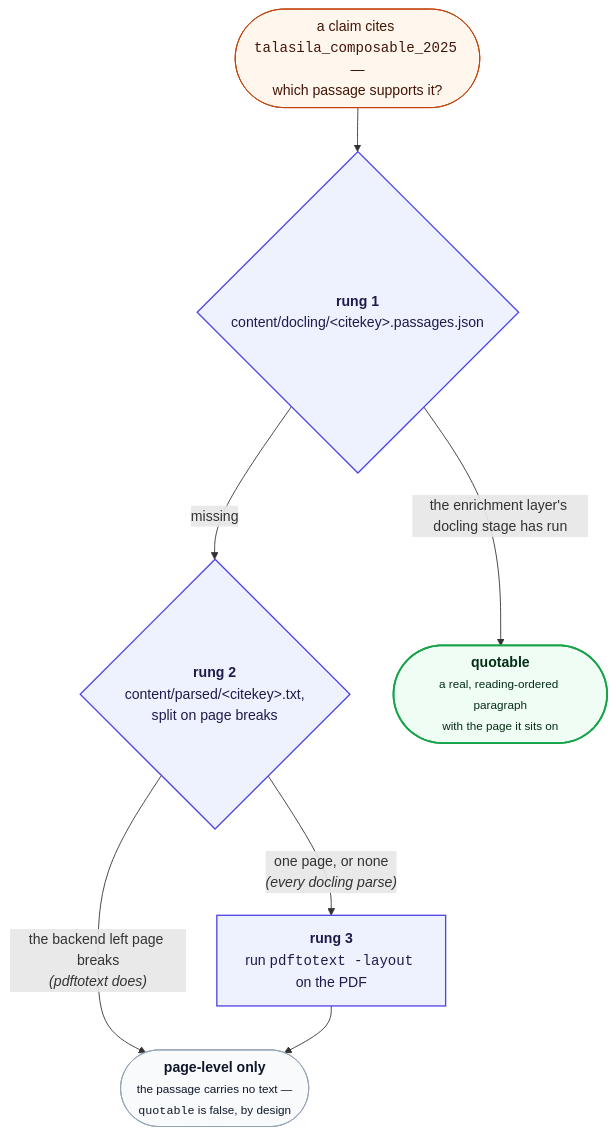
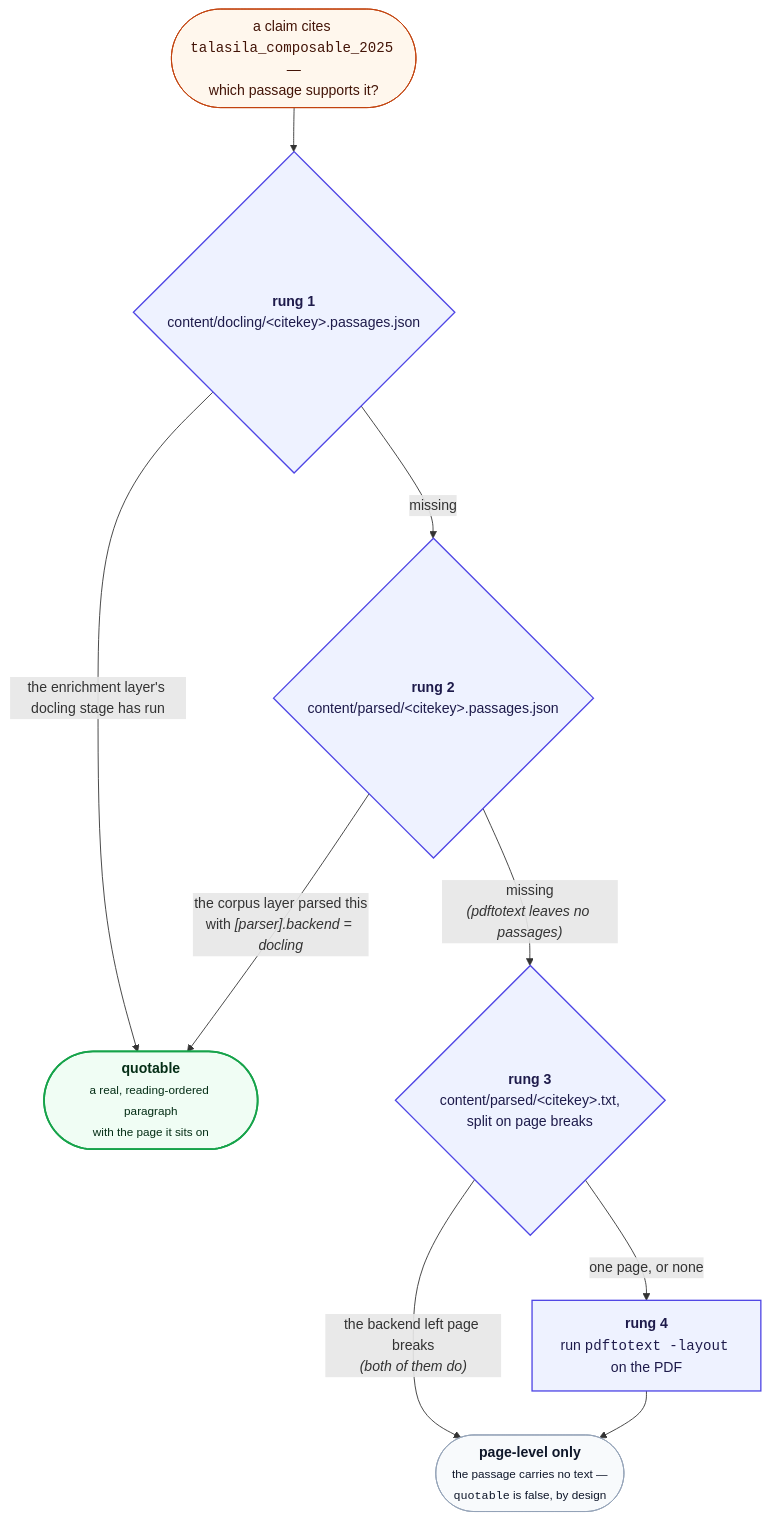
Before and after one commit to prasadtalasila/automated-research: the diagram in docs/CITATION-PROVENANCE.md, drawn with Mermaid. The commit also changed other lines of this file and 20 other files, not shown here.

````diff
--- a/docs/CITATION-PROVENANCE.md
+++ b/docs/CITATION-PROVENANCE.md
@@ -300,29 +336,32 @@
 ```mermaid
 flowchart TB
 
   ASK(["a claim cites <code>talasila_composable_2025</code> —<br/>which passage supports it?"])
 
   R1{"<b>rung 1</b><br/>content/docling/&lt;citekey&gt;.passages.json"}
-  R2{"<b>rung 2</b><br/>content/parsed/&lt;citekey&gt;.txt,<br/>split on page breaks"}
-  R3["<b>rung 3</b><br/>run <code>pdftotext -layout</code> on the PDF"]
+  R2{"<b>rung 2</b><br/>content/parsed/&lt;citekey&gt;.passages.json"}
+  R3{"<b>rung 3</b><br/>content/parsed/&lt;citekey&gt;.txt,<br/>split on page breaks"}
+  R4["<b>rung 4</b><br/>run <code>pdftotext -layout</code> on the PDF"]
 
   GOOD(["<b>quotable</b><br/><small>a real, reading-ordered paragraph<br/>with the page it sits on</small>"])
   MEH(["<b>page-level only</b><br/><small>the passage carries no text —<br/><code>quotable</code> is false, by design</small>"])
 
   ASK --> R1
   R1 -- "the enrichment layer's docling stage has run" --> GOOD
   R1 -- "missing" --> R2
-  R2 -- "the backend left page breaks<br/><i>(pdftotext does)</i>" --> MEH
-  R2 -- "one page, or none<br/><i>(every docling parse)</i>" --> R3
-  R3 --> MEH
+  R2 -- "the corpus layer parsed this<br/>with <i>[parser].backend = docling</i>" --> GOOD
+  R2 -- "missing<br/><i>(pdftotext leaves no passages)</i>" --> R3
+  R3 -- "the backend left page breaks<br/><i>(both of them do)</i>" --> MEH
+  R3 -- "one page, or none" --> R4
+  R4 --> MEH
 
   classDef ask fill:#fff7ed,stroke:#c2410c,color:#431407
   classDef rung fill:#eef2ff,stroke:#4f46e5,stroke-width:1.5px,color:#1e1b4b
   classDef good fill:#f0fdf4,stroke:#16a34a,stroke-width:2px,color:#052e16
   classDef meh fill:#f8fafc,stroke:#94a3b8,color:#0f172a
 
   class ASK ask
-  class R1,R2,R3 rung
+  class R1,R2,R3,R4 rung
   class GOOD good
   class MEH meh
 ```
````
